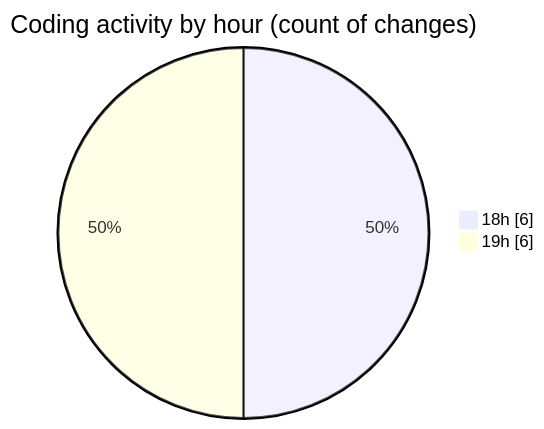
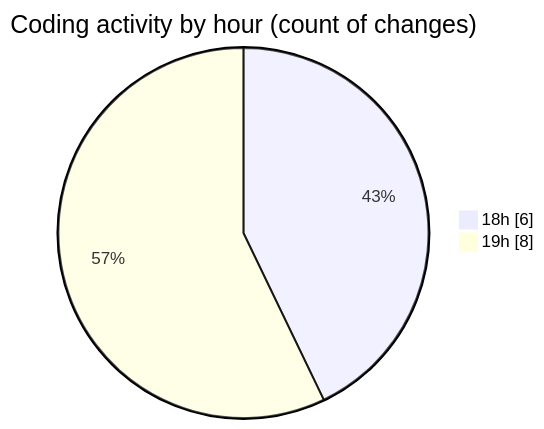
Before and after one commit to Netris89/code-tracking: the second of 2 diagrams in 2025-04-23/back-end/README.md, drawn with Mermaid. The commit also changed other lines of this file and 1 other file, not shown here.

````diff
--- a/2025-04-23/back-end/README.md
+++ b/2025-04-23/back-end/README.md
@@ -30,6 +30,6 @@
 ```mermaid
 pie showData
 title Coding activity by hour (count of changes)
 "18h" : 6
-"19h" : 6
+"19h" : 8
 ```
````
